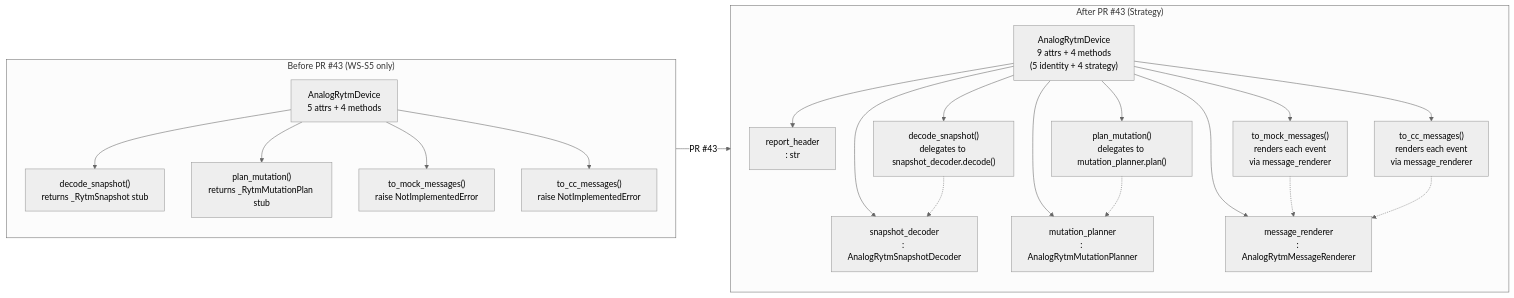
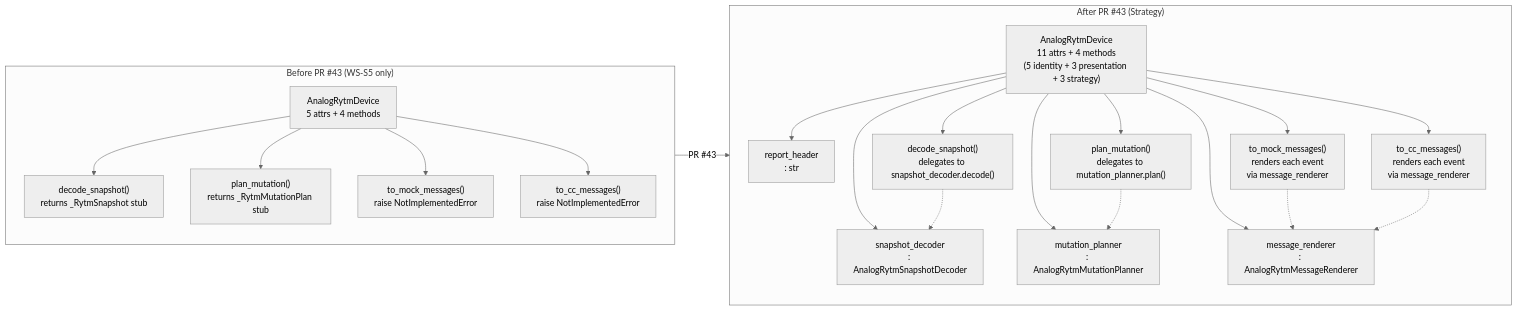
The fifth of 35 diagrams in docs/ARCHITECTURE_DIAGRAMS.md (buzzijose-hub/RytmRandomizer), drawn with Mermaid (neutral theme) before and after one commit. The commit also changed other lines of this file and 8 other files, not shown here.

````diff
--- a/docs/ARCHITECTURE_DIAGRAMS.md
+++ b/docs/ARCHITECTURE_DIAGRAMS.md
@@ -529,45 +531,45 @@
 ```mermaid
 flowchart LR
     subgraph Before["Before PR #43 (WS-S5 only)"]
         OldDev["AnalogRytmDevice<br/>5 attrs + 4 methods"]
         OldDS["decode_snapshot()<br/>returns _RytmSnapshot stub"]
         OldPM["plan_mutation()<br/>returns _RytmMutationPlan stub"]
         OldTM["to_mock_messages()<br/>raise NotImplementedError"]
         OldTC["to_cc_messages()<br/>raise NotImplementedError"]
 
         OldDev --> OldDS
         OldDev --> OldPM
         OldDev --> OldTM
         OldDev --> OldTC
     end
 
     subgraph After["After PR #43 (Strategy)"]
-        NewDev["AnalogRytmDevice<br/>9 attrs + 4 methods<br/>(5 identity + 4 strategy)"]
+        NewDev["AnalogRytmDevice<br/>11 attrs + 4 methods<br/>(5 identity + 3 presentation + 3 strategy)"]
 
         SD["snapshot_decoder<br/>: AnalogRytmSnapshotDecoder"]
         MP["mutation_planner<br/>: AnalogRytmMutationPlanner"]
         MR["message_renderer<br/>: AnalogRytmMessageRenderer"]
         RH["report_header<br/>: str"]
 
         Conv1["decode_snapshot()<br/>delegates to snapshot_decoder.decode()"]
         Conv2["plan_mutation()<br/>delegates to mutation_planner.plan()"]
         Conv3["to_mock_messages()<br/>renders each event<br/>via message_renderer"]
         Conv4["to_cc_messages()<br/>renders each event<br/>via message_renderer"]
 
         NewDev --> SD
         NewDev --> MP
         NewDev --> MR
         NewDev --> RH
         NewDev --> Conv1
         NewDev --> Conv2
         NewDev --> Conv3
         NewDev --> Conv4
 
         Conv1 -.-> SD
         Conv2 -.-> MP
         Conv3 -.-> MR
         Conv4 -.-> MR
     end
 
     Before -->|"PR #43"| After
 ```
````
